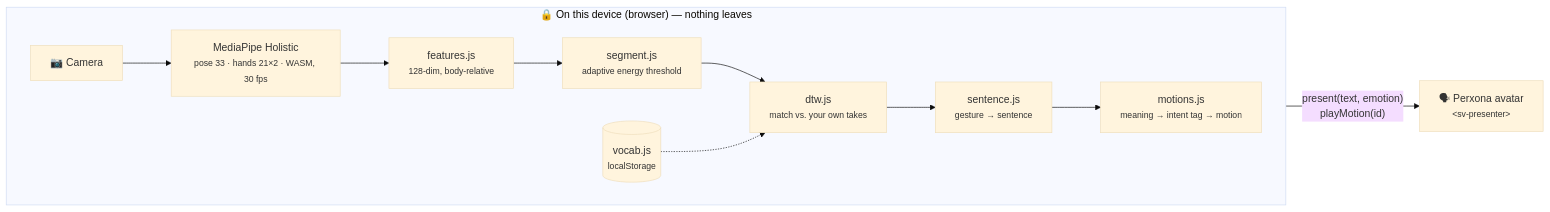
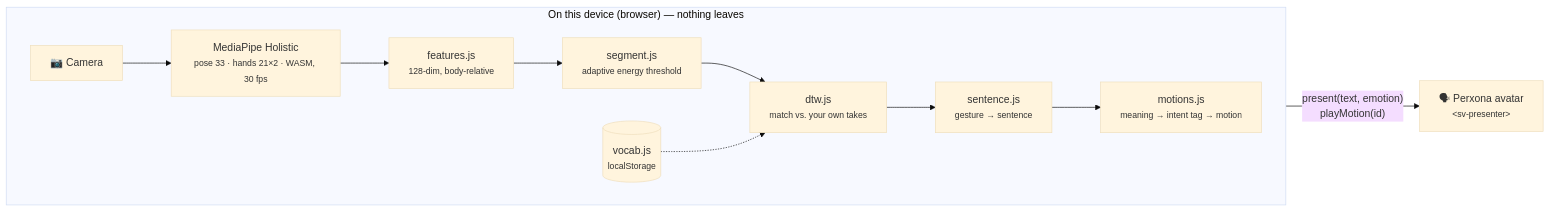
One commit to Poyen-Chen/Signer_Avatar changed the second of 2 diagrams in README.md. Above: the diagram before and after it, drawn with Mermaid (base theme). The commit also changed 1 other file, not shown here.

Commit message:
README: drop the emoji from the mermaid subgraph label
With it, GitHub laid the pipeline diagram out as an empty box — the nodes
inside the subgraph never placed. The label renders as plain text either way.

Claude-Session: https://claude.ai/code/session_011dZUZWyYCcvETCNvCcmZQv

````diff
--- a/README.md
+++ b/README.md
@@ -173,14 +173,14 @@
 ```mermaid
 flowchart LR
-    subgraph device["🔒 On this device (browser) — nothing leaves"]
+    subgraph device["On this device (browser) — nothing leaves"]
         direction LR
         CAM["📷 Camera"] --> MP["MediaPipe Holistic<br/><small>pose 33 · hands 21×2 · WASM, 30 fps</small>"]
         MP --> FE["features.js<br/><small>128-dim, body-relative</small>"]
         FE --> SEG["segment.js<br/><small>adaptive energy threshold</small>"]
         SEG --> DTW["dtw.js<br/><small>match vs. your own takes</small>"]
         VOC[("vocab.js<br/><small>localStorage</small>")] -.-> DTW
         DTW --> SEN["sentence.js<br/><small>gesture → sentence</small>"]
         SEN --> MOT["motions.js<br/><small>meaning → intent tag → motion</small>"]
     end
     MOT -->|"present(text, emotion)<br/>playMotion(id)"| AV["🗣 Perxona avatar<br/><small>&lt;sv-presenter&gt;</small>"]
 ```
````
